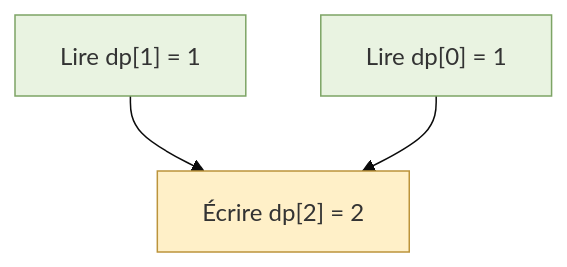
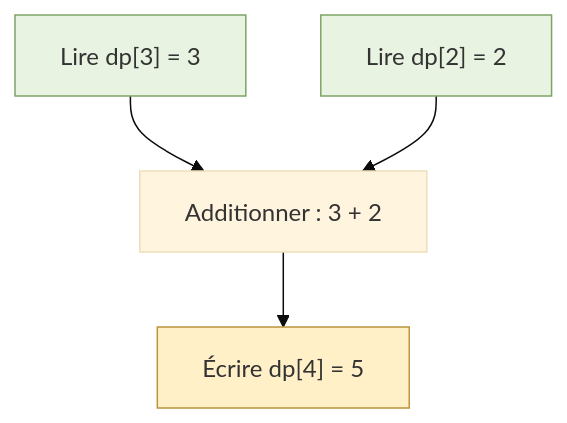
The fourth of 10 diagrams in Dynamic_Programming/Programmation_dynamique.md (yannpassy/prepa_algo_odoo), drawn with Mermaid (base theme) before and after one commit. The commit also changed other lines of this file, not shown here.

````diff
--- a/Dynamic_Programming/Programmation_dynamique.md
+++ b/Dynamic_Programming/Programmation_dynamique.md
@@ -346,8 +179,9 @@
 ```mermaid
 flowchart TD
-    A["Lire dp[1] = 1"] --> C["Écrire dp[2] = 2"]
-    B["Lire dp[0] = 1"] --> C
+    A["Lire dp[3] = 3"] --> C["Additionner : 3 + 2"]
+    B["Lire dp[2] = 2"] --> C
+    C --> D["Écrire dp[4] = 5"]
     style A fill:#e9f3e1,stroke:#7da465
     style B fill:#e9f3e1,stroke:#7da465
-    style C fill:#fff0c8,stroke:#bc943b
+    style D fill:#fff0c8,stroke:#bc943b
 ```
````
